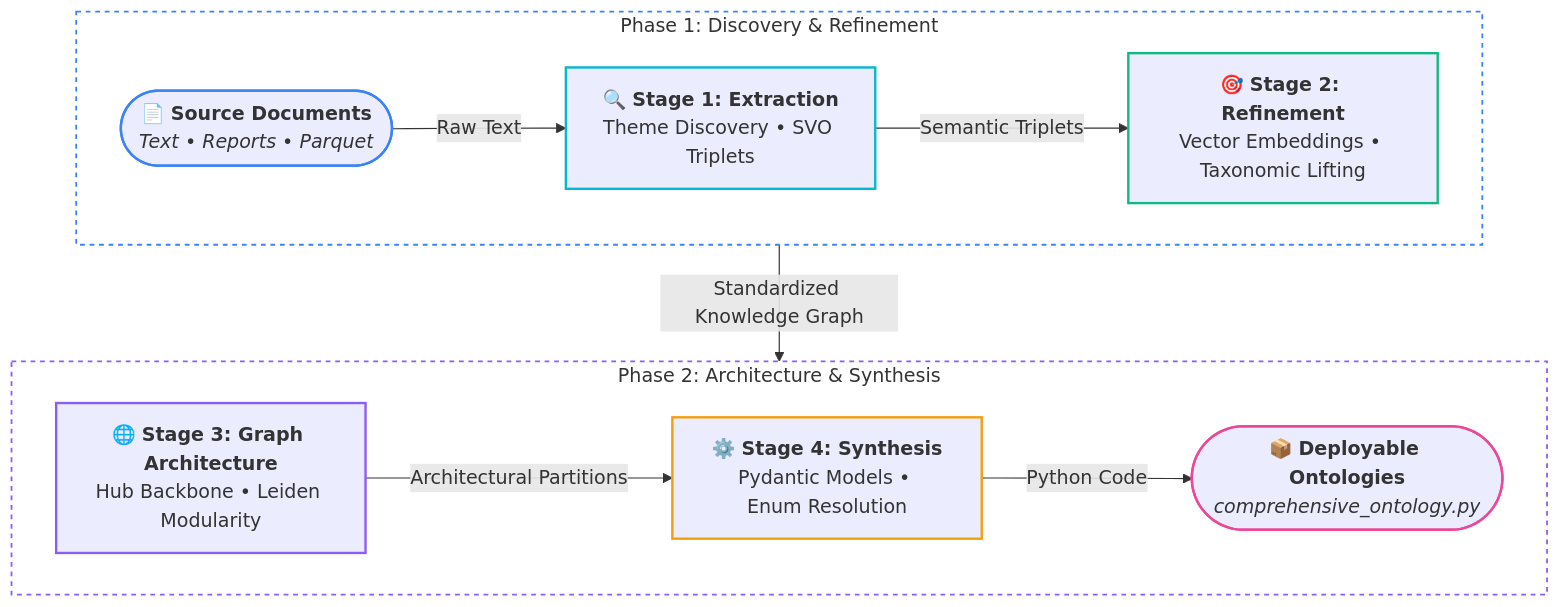
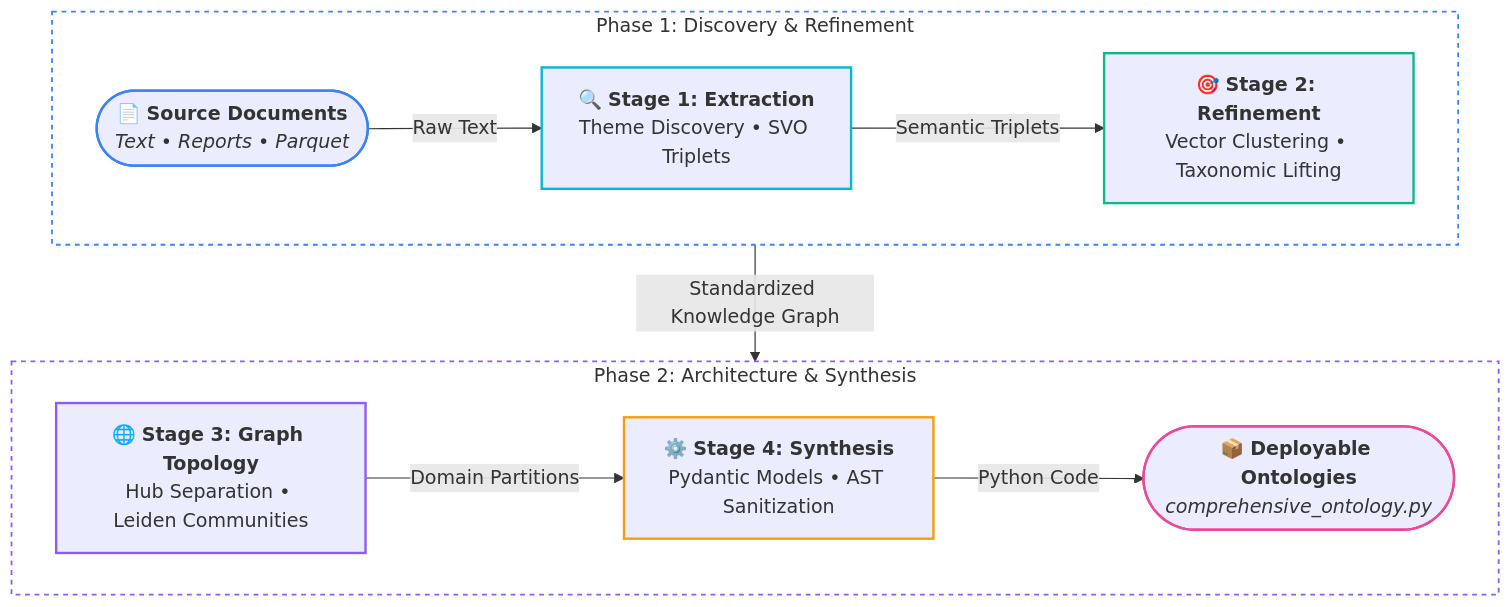
One commit to childmindresearch/SemanticPrism changed the diagram in README.md. Above: the diagram before and after it, drawn with Mermaid. The commit also changed other lines of this file and 25 other files, not shown here.

````diff
--- a/README.md
+++ b/README.md
@@ -11,27 +11,27 @@
 ```mermaid
 flowchart TD
     subgraph Row1 ["Phase 1: Discovery & Refinement"]
         direction LR
         In(["📄 <b>Source Documents</b><br/><i>Text • Reports • Parquet</i>"])
         --> |Raw Text| S1["🔍 <b>Stage 1: Extraction</b><br/>Theme Discovery • SVO Triplets"]
-        --> |Semantic Triplets| S2["🎯 <b>Stage 2: Refinement</b><br/>Vector Embeddings • Taxonomic Lifting"]
+        --> |Semantic Triplets| S2["🎯 <b>Stage 2: Refinement</b><br/>Vector Clustering • Taxonomic Lifting"]
     end
 
     subgraph Row2 ["Phase 2: Architecture & Synthesis"]
         direction LR
-        S3["🌐 <b>Stage 3: Graph Architecture</b><br/>Hub Backbone • Leiden Modularity"]
-        --> |Architectural Partitions| S4["⚙️ <b>Stage 4: Synthesis</b><br/>Pydantic Models • Enum Resolution"]
+        S3["🌐 <b>Stage 3: Graph Topology</b><br/>Hub Separation • Leiden Communities"]
+        --> |Domain Partitions| S4["⚙️ <b>Stage 4: Synthesis</b><br/>Pydantic Models • AST Sanitization"]
         --> |Python Code| Out(["📦 <b>Deployable Ontologies</b><br/><i>comprehensive_ontology.py</i>"])
     end
 
     Row1 --> |Standardized Knowledge Graph| Row2
 
     style Row1 stroke:#3b82f6,stroke-width:1.5px,stroke-dasharray: 4 4,fill:none
     style Row2 stroke:#8b5cf6,stroke-width:1.5px,stroke-dasharray: 4 4,fill:none
     style In stroke:#3b82f6,stroke-width:2px
     style S1 stroke:#06b6d4,stroke-width:2px
     style S2 stroke:#10b981,stroke-width:2px
     style S3 stroke:#8b5cf6,stroke-width:2px
     style S4 stroke:#f59e0b,stroke-width:2px
     style Out stroke:#ec4899,stroke-width:2px
 ```
````
